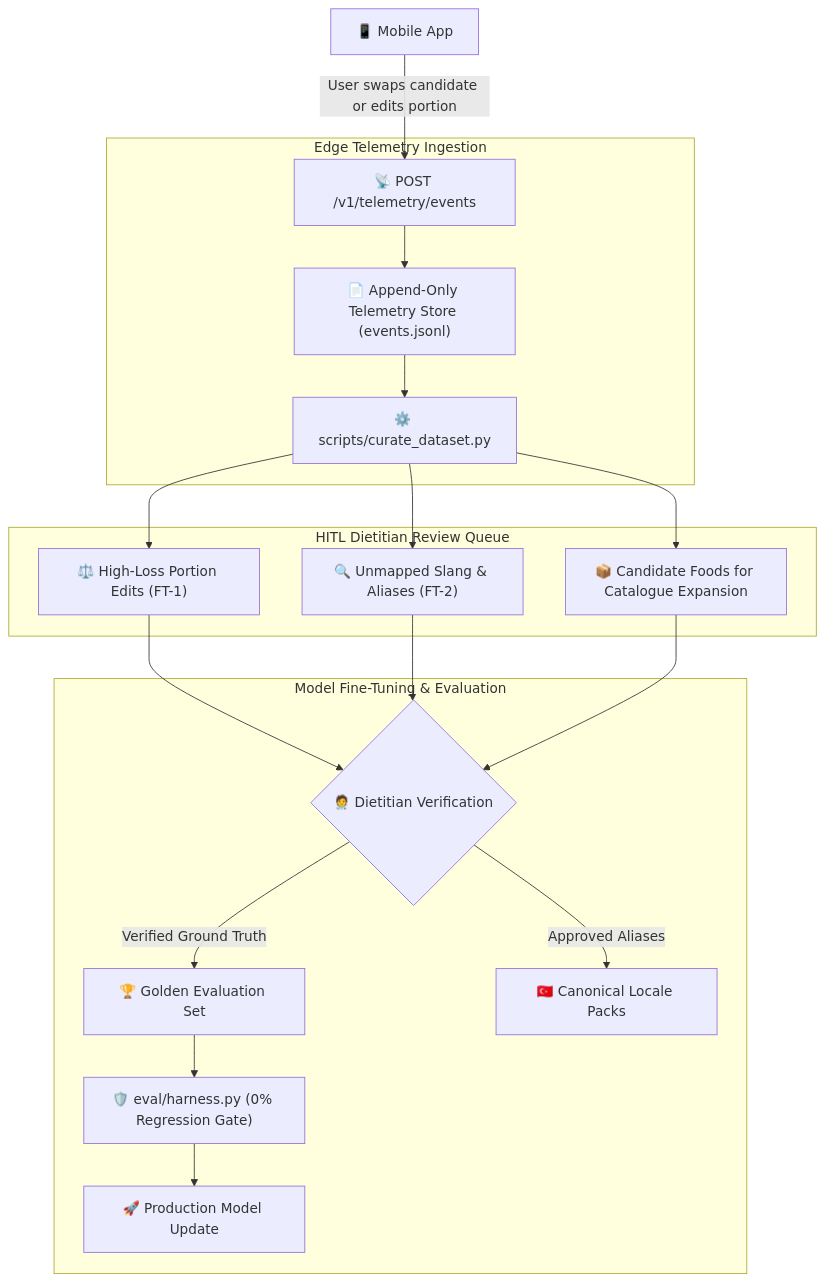
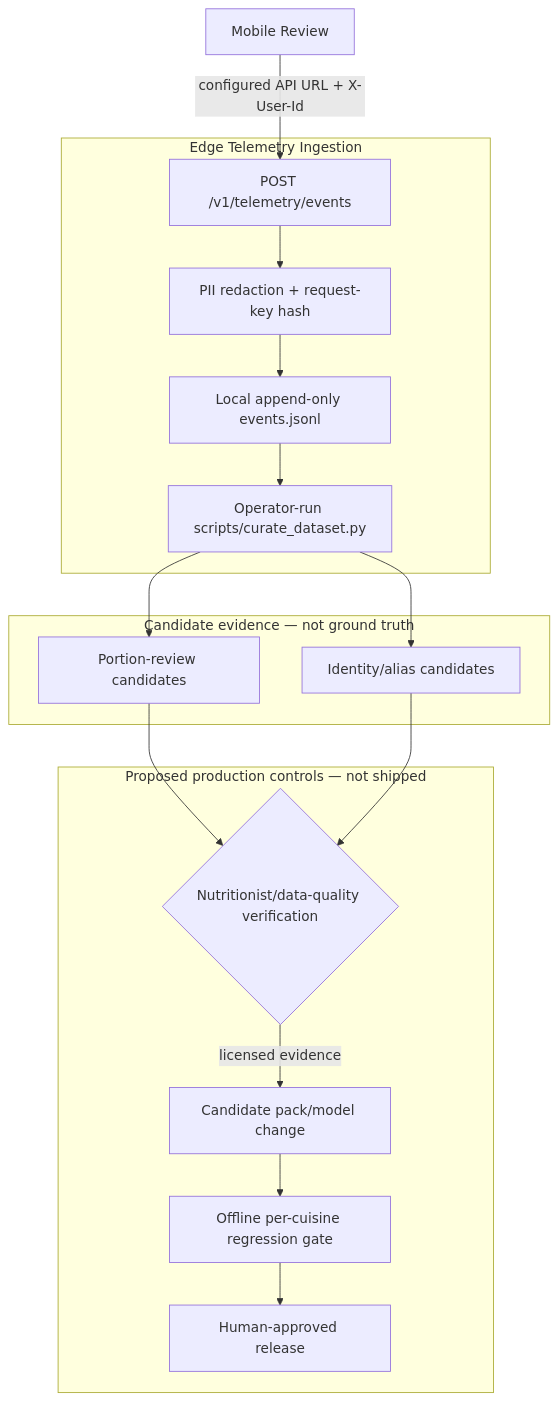
Before and after one commit to zexy2/mealog-case-study: the fifth of 6 diagrams in docs/architecture.md, drawn with Mermaid. The commit also changed other lines of this file and 26 other files, not shown here.

````diff
--- a/docs/architecture.md
+++ b/docs/architecture.md
@@ -195,25 +197,23 @@
 ```mermaid
 flowchart TD
-    UserApp["📱 Mobile App"] -->|User swaps candidate or edits portion| TelemetryEndpoint["📡 POST /v1/telemetry/events"]
+    UserApp["Mobile Review"] -->|configured API URL + X-User-Id| TelemetryEndpoint["POST /v1/telemetry/events"]
     
     subgraph Ingestion["Edge Telemetry Ingestion"]
-        TelemetryEndpoint --> EventStore["📄 Append-Only Telemetry Store (events.jsonl)"]
-        EventStore --> CurateScript["⚙️ scripts/curate_dataset.py"]
+        TelemetryEndpoint --> Privacy["PII redaction + request-key hash"]
+        Privacy --> EventStore["Local append-only events.jsonl"]
+        EventStore --> CurateScript["Operator-run scripts/curate_dataset.py"]
     end
 
-    subgraph Curation["HITL Dietitian Review Queue"]
-        CurateScript --> PortionsQueue["⚖️ High-Loss Portion Edits (FT-1)"]
-        CurateScript --> AliasesQueue["🔍 Unmapped Slang & Aliases (FT-2)"]
-        CurateScript --> OutOfCatalogueQueue["📦 Candidate Foods for Catalogue Expansion"]
+    subgraph Review["Candidate evidence — not ground truth"]
+        CurateScript --> PortionsQueue["Portion-review candidates"]
+        CurateScript --> AliasesQueue["Identity/alias candidates"]
     end
 
-    subgraph Flywheel["Model Fine-Tuning & Evaluation"]
-        PortionsQueue --> DietitianReview{"🧑‍⚕️ Dietitian Verification"}
+    subgraph Future["Proposed production controls — not shipped"]
+        PortionsQueue --> DietitianReview{"Nutritionist/data-quality verification"}
         AliasesQueue --> DietitianReview
-        OutOfCatalogueQueue --> DietitianReview
-        DietitianReview -->|Verified Ground Truth| GoldenSet["🏆 Golden Evaluation Set"]
-        DietitianReview -->|Approved Aliases| LocalePack["🇹🇷 Canonical Locale Packs"]
-        GoldenSet --> RegressionGate["🛡️ eval/harness.py (0% Regression Gate)"]
-        RegressionGate --> ProductionDeploy["🚀 Production Model Update"]
+        DietitianReview -->|licensed evidence| CandidateRelease["Candidate pack/model change"]
+        CandidateRelease --> RegressionGate["Offline per-cuisine regression gate"]
+        RegressionGate --> HumanRelease["Human-approved release"]
     end
 ```
````
